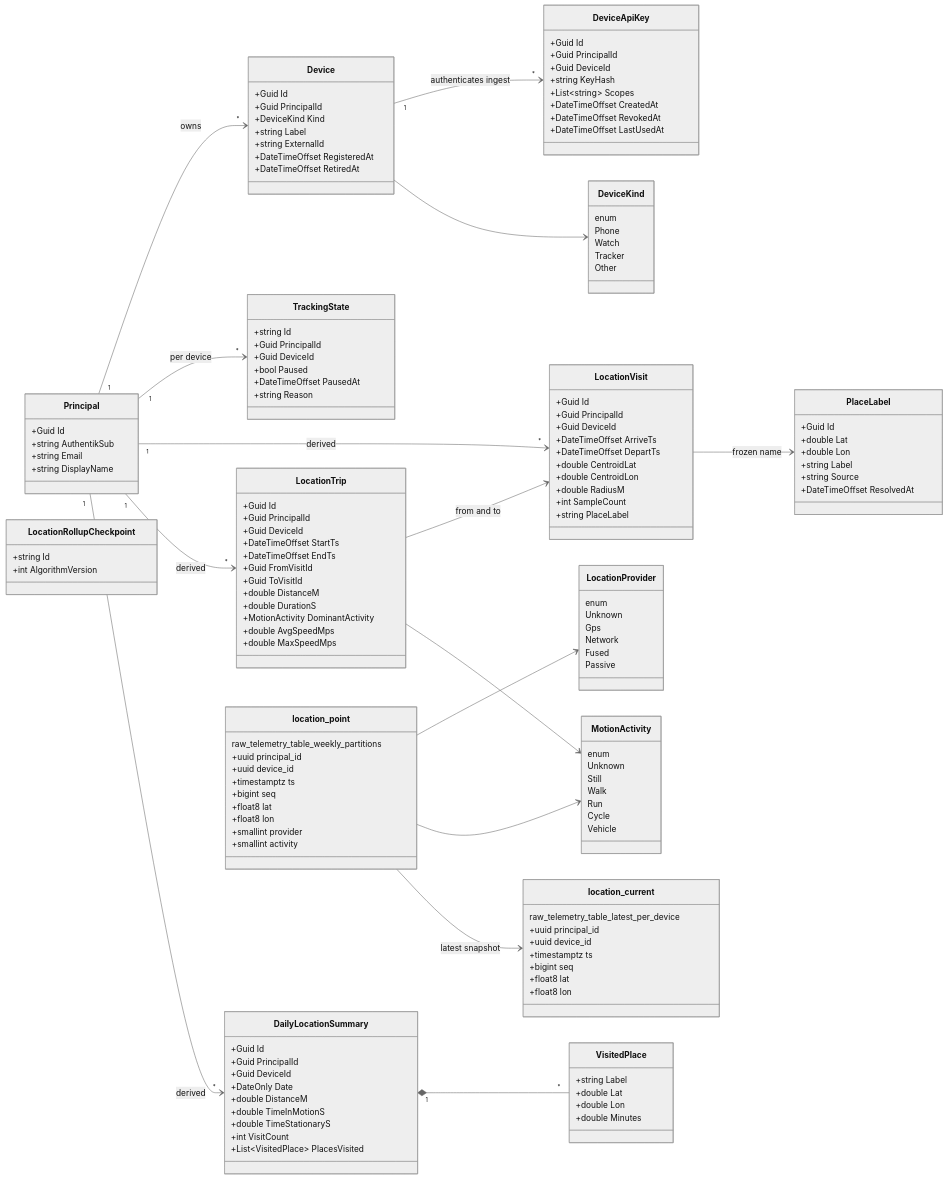
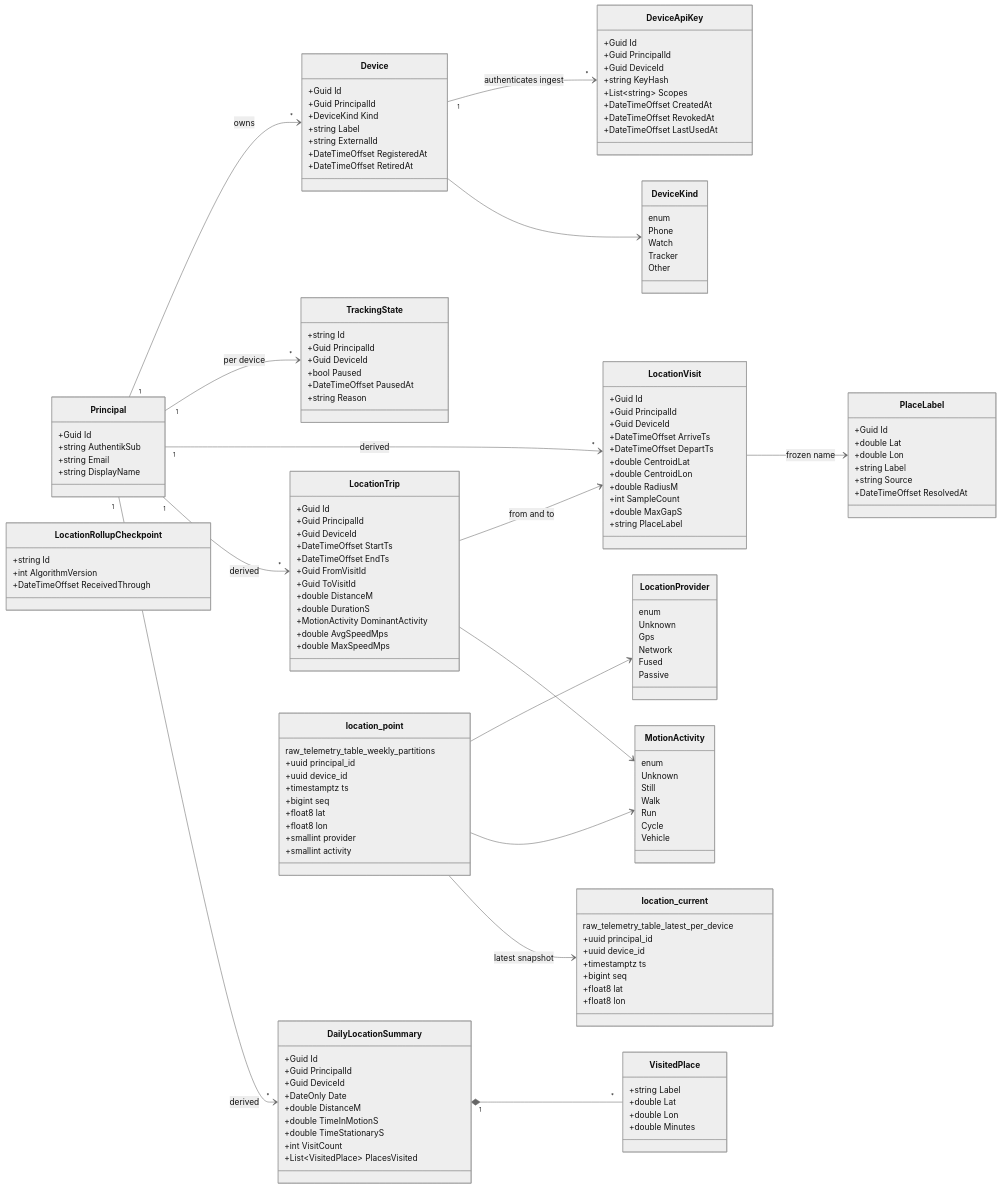
Before and after one commit to danbro96/LupiraLocationApi: the diagram in docs/architecture.md, drawn with Mermaid (neutral theme). The commit also changed other lines of this file and 16 other files, not shown here.

```diff
--- a/docs/architecture.md
+++ b/docs/architecture.md
@@ -215,6 +219,7 @@
         +double CentroidLon
         +double RadiusM
         +int SampleCount
+        +double MaxGapS
         +string PlaceLabel
     }
     class LocationTrip {
@@ -259,6 +264,7 @@
     class LocationRollupCheckpoint {
         +string Id
         +int AlgorithmVersion
+        +DateTimeOffset ReceivedThrough
     }
     class location_point {
         raw_telemetry_table_weekly_partitions
```
